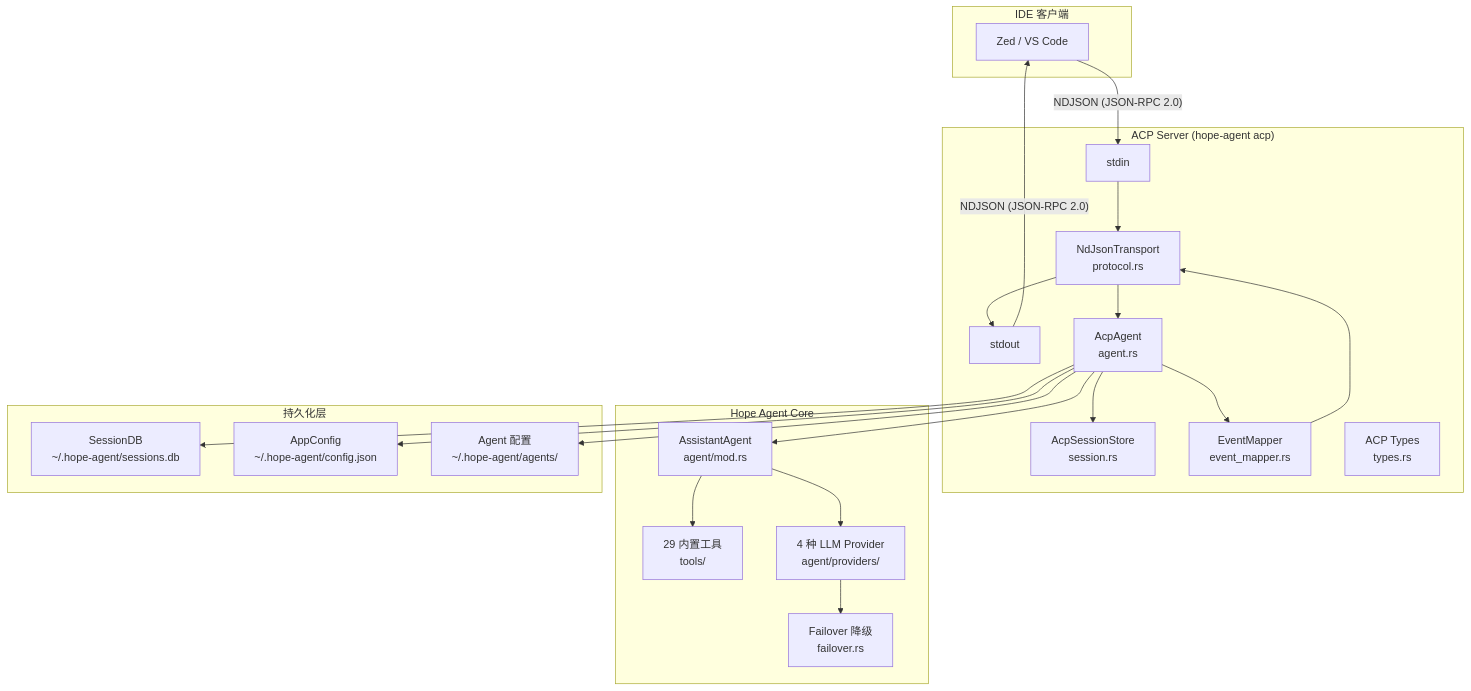
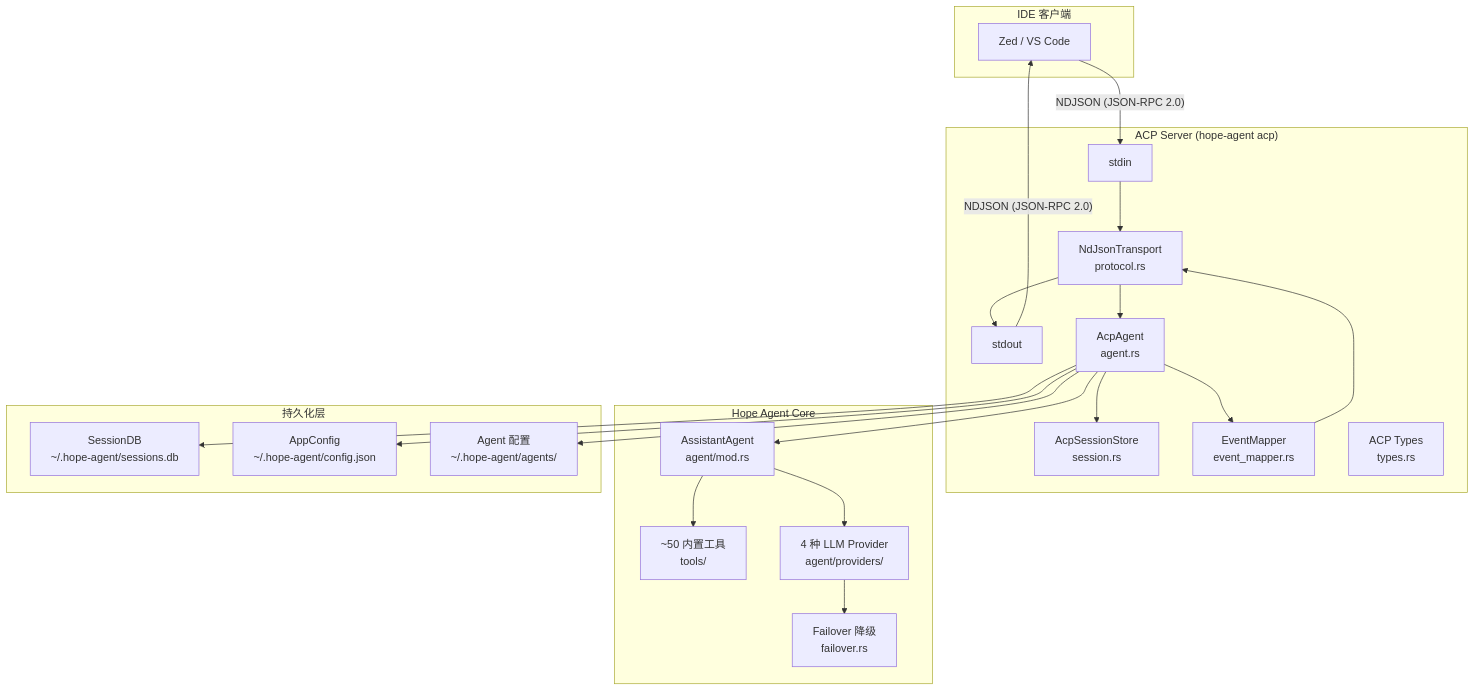
The first of 11 diagrams in docs/architecture/acp.md (shiwenwen/hope-agent), drawn with Mermaid before and after one commit. The commit also changed other lines of this file and 22 other files, not shown here.

````diff
--- a/docs/architecture/acp.md
+++ b/docs/architecture/acp.md
@@ -38,48 +38,48 @@
 ```mermaid
 graph TB
     subgraph "IDE 客户端"
         ZED["Zed / VS Code"]
     end
 
     subgraph "ACP Server (hope-agent acp)"
         STDIN["stdin"]
         STDOUT["stdout"]
         TRANSPORT["NdJsonTransport<br/>protocol.rs"]
         AGENT["AcpAgent<br/>agent.rs"]
         SESSION_STORE["AcpSessionStore<br/>session.rs"]
         EVENT_MAP["EventMapper<br/>event_mapper.rs"]
         TYPES["ACP Types<br/>types.rs"]
     end
 
     subgraph "Hope Agent Core"
         ASSISTANT["AssistantAgent<br/>agent/mod.rs"]
-        TOOLS["29 内置工具<br/>tools/"]
+        TOOLS["~50 内置工具<br/>tools/"]
         PROVIDERS["4 种 LLM Provider<br/>agent/providers/"]
         FAILOVER["Failover 降级<br/>failover.rs"]
     end
 
     subgraph "持久化层"
         SESSION_DB["SessionDB<br/>~/.hope-agent/sessions.db"]
         CONFIG["AppConfig<br/>~/.hope-agent/config.json"]
         AGENTS_DIR["Agent 配置<br/>~/.hope-agent/agents/"]
     end
 
     ZED -- "NDJSON (JSON-RPC 2.0)" --> STDIN
     STDIN --> TRANSPORT
     TRANSPORT --> AGENT
     AGENT --> SESSION_STORE
     AGENT --> EVENT_MAP
     EVENT_MAP --> TRANSPORT
     TRANSPORT --> STDOUT
     STDOUT -- "NDJSON (JSON-RPC 2.0)" --> ZED
 
     AGENT --> ASSISTANT
     ASSISTANT --> TOOLS
     ASSISTANT --> PROVIDERS
     PROVIDERS --> FAILOVER
 
     AGENT --> SESSION_DB
     AGENT --> CONFIG
     AGENT --> AGENTS_DIR
 
 ```
````
